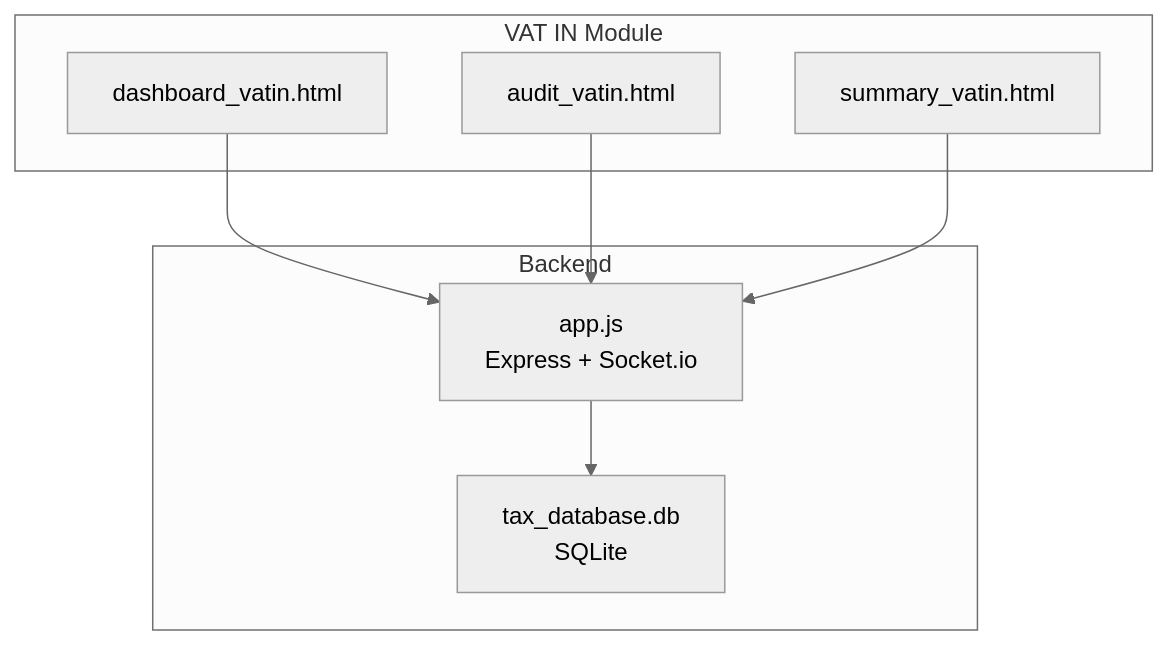
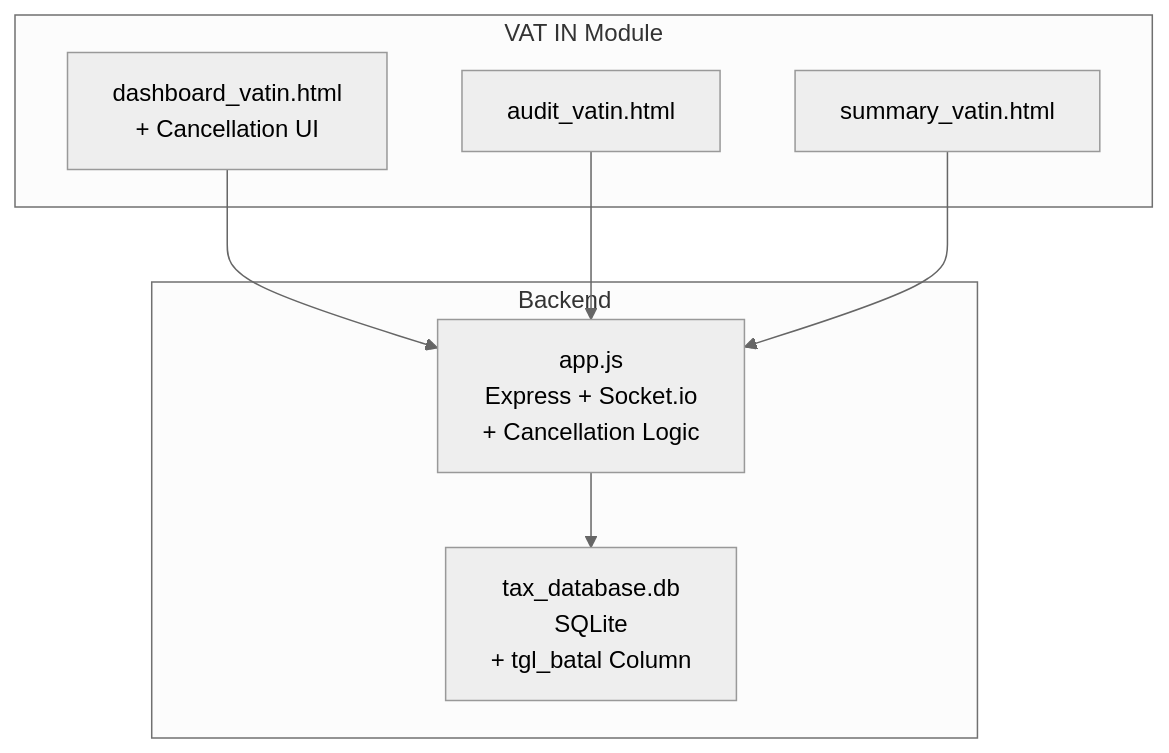
The first of 6 diagrams in .qoder/repowiki/en/content/VAT Management System/VAT Input (VAT IN).md (rendisiagian/TDS_by_RENDISIAGIAN), drawn with Mermaid (neutral theme) before and after one commit. The commit also changed other lines of this file and 38 other files, not shown here.

First line of the commit message:
feat(database): add invoice cancellation tracking and enhance JO member allocation

````diff
--- a/.qoder/repowiki/en/content/VAT Management System/VAT Input (VAT IN).md
+++ b/.qoder/repowiki/en/content/VAT Management System/VAT Input (VAT IN).md
@@ -35,16 +43,16 @@
 ```mermaid
 graph TB
 subgraph "VAT IN Module"
-A["dashboard_vatin.html"]
+A["dashboard_vatin.html<br/>+ Cancellation UI"]
 B["audit_vatin.html"]
 C["summary_vatin.html"]
 end
 subgraph "Backend"
-D["app.js<br/>Express + Socket.io"]
-E["tax_database.db<br/>SQLite"]
+D["app.js<br/>Express + Socket.io<br/>+ Cancellation Logic"]
+E["tax_database.db<br/>SQLite<br/>+ tgl_batal Column"]
 end
 A --> D
 B --> D
 C --> D
 D --> E
 ```
````
